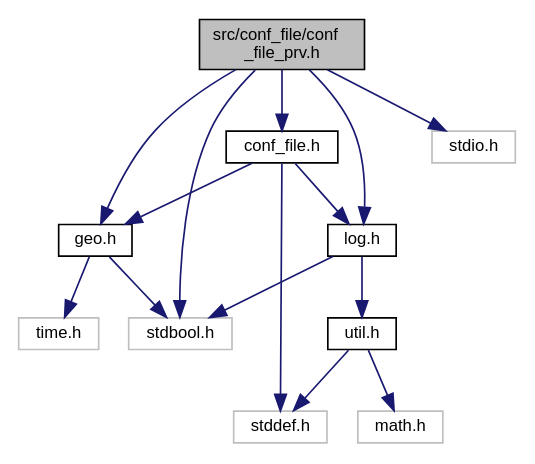
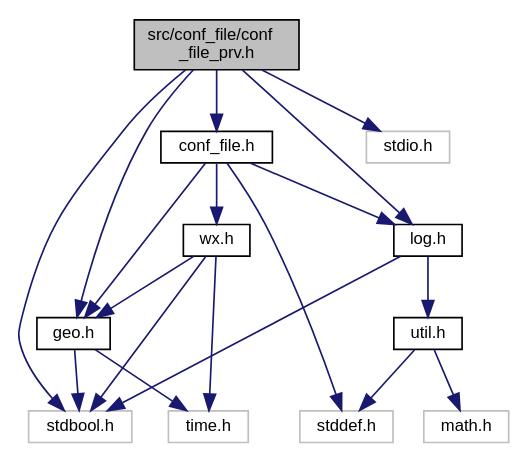
Before and after one commit to slakpi/piwx: the diagram in conf__file__prv_8h__incl.dot, drawn with Graphviz. The commit also changed 76 other files, not shown here.

```diff
--- a/conf__file__prv_8h__incl.dot
+++ b/conf__file__prv_8h__incl.dot
@@ -1,29 +1,34 @@
 digraph "src/conf_file/conf_file_prv.h"
 {
   edge [fontname="Helvetica",fontsize="10",labelfontname="Helvetica",labelfontsize="10"];
   node [fontname="Helvetica",fontsize="10",shape=record];
   Node0 [label="src/conf_file/conf\l_file_prv.h",height=0.2,width=0.4,color="black", fillcolor="grey75", style="filled", fontcolor="black"];
   Node0 -> Node1 [color="midnightblue",fontsize="10",style="solid",fontname="Helvetica"];
   Node1 [label="conf_file.h",height=0.2,width=0.4,color="black", fillcolor="white", style="filled",URL="$conf__file_8h.html"];
   Node1 -> Node2 [color="midnightblue",fontsize="10",style="solid",fontname="Helvetica"];
   Node2 [label="geo.h",height=0.2,width=0.4,color="black", fillcolor="white", style="filled",URL="$geo_8h.html"];
   Node2 -> Node3 [color="midnightblue",fontsize="10",style="solid",fontname="Helvetica"];
   Node3 [label="stdbool.h",height=0.2,width=0.4,color="grey75", fillcolor="white", style="filled"];
   Node2 -> Node4 [color="midnightblue",fontsize="10",style="solid",fontname="Helvetica"];
   Node4 [label="time.h",height=0.2,width=0.4,color="grey75", fillcolor="white", style="filled"];
   Node1 -> Node5 [color="midnightblue",fontsize="10",style="solid",fontname="Helvetica"];
   Node5 [label="log.h",height=0.2,width=0.4,color="black", fillcolor="white", style="filled",URL="$log_8h.html"];
   Node5 -> Node6 [color="midnightblue",fontsize="10",style="solid",fontname="Helvetica"];
   Node6 [label="util.h",height=0.2,width=0.4,color="black", fillcolor="white", style="filled",URL="$util_8h.html"];
   Node6 -> Node7 [color="midnightblue",fontsize="10",style="solid",fontname="Helvetica"];
   Node7 [label="math.h",height=0.2,width=0.4,color="grey75", fillcolor="white", style="filled"];
   Node6 -> Node8 [color="midnightblue",fontsize="10",style="solid",fontname="Helvetica"];
   Node8 [label="stddef.h",height=0.2,width=0.4,color="grey75", fillcolor="white", style="filled"];
   Node5 -> Node3 [color="midnightblue",fontsize="10",style="solid",fontname="Helvetica"];
+  Node1 -> Node9 [color="midnightblue",fontsize="10",style="solid",fontname="Helvetica"];
+  Node9 [label="wx.h",height=0.2,width=0.4,color="black", fillcolor="white", style="filled",URL="$wx_8h.html"];
+  Node9 -> Node2 [color="midnightblue",fontsize="10",style="solid",fontname="Helvetica"];
+  Node9 -> Node3 [color="midnightblue",fontsize="10",style="solid",fontname="Helvetica"];
+  Node9 -> Node4 [color="midnightblue",fontsize="10",style="solid",fontname="Helvetica"];
   Node1 -> Node8 [color="midnightblue",fontsize="10",style="solid",fontname="Helvetica"];
   Node0 -> Node2 [color="midnightblue",fontsize="10",style="solid",fontname="Helvetica"];
   Node0 -> Node5 [color="midnightblue",fontsize="10",style="solid",fontname="Helvetica"];
   Node0 -> Node3 [color="midnightblue",fontsize="10",style="solid",fontname="Helvetica"];
-  Node0 -> Node9 [color="midnightblue",fontsize="10",style="solid",fontname="Helvetica"];
-  Node9 [label="stdio.h",height=0.2,width=0.4,color="grey75", fillcolor="white", style="filled"];
+  Node0 -> Node10 [color="midnightblue",fontsize="10",style="solid",fontname="Helvetica"];
+  Node10 [label="stdio.h",height=0.2,width=0.4,color="grey75", fillcolor="white", style="filled"];
 }
```
